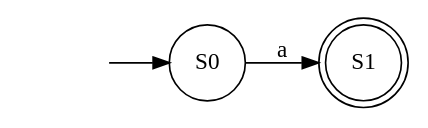
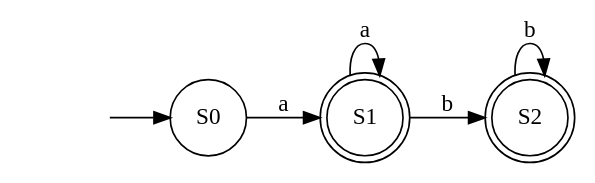
The diagram in lab2/dfa.dot (konstantin2506/automata_theory), drawn with Graphviz before and after one commit. The commit also changed 10 other files, not shown here.

```diff
--- a/lab2/dfa.dot
+++ b/lab2/dfa.dot
@@ -1,12 +1,16 @@
 digraph DFA {
     rankdir=LR;
 
     start [shape=none, label=""];
 
     0 [label="S0", shape=circle];
     1 [label="S1", shape=doublecircle];
+    2 [label="S2", shape=doublecircle];
 
     start -> 0;
 
     0 -> 1 [label="a"];
+    1 -> 2 [label="b"];
+    1 -> 1 [label="a"];
+    2 -> 2 [label="b"];
 }
```
